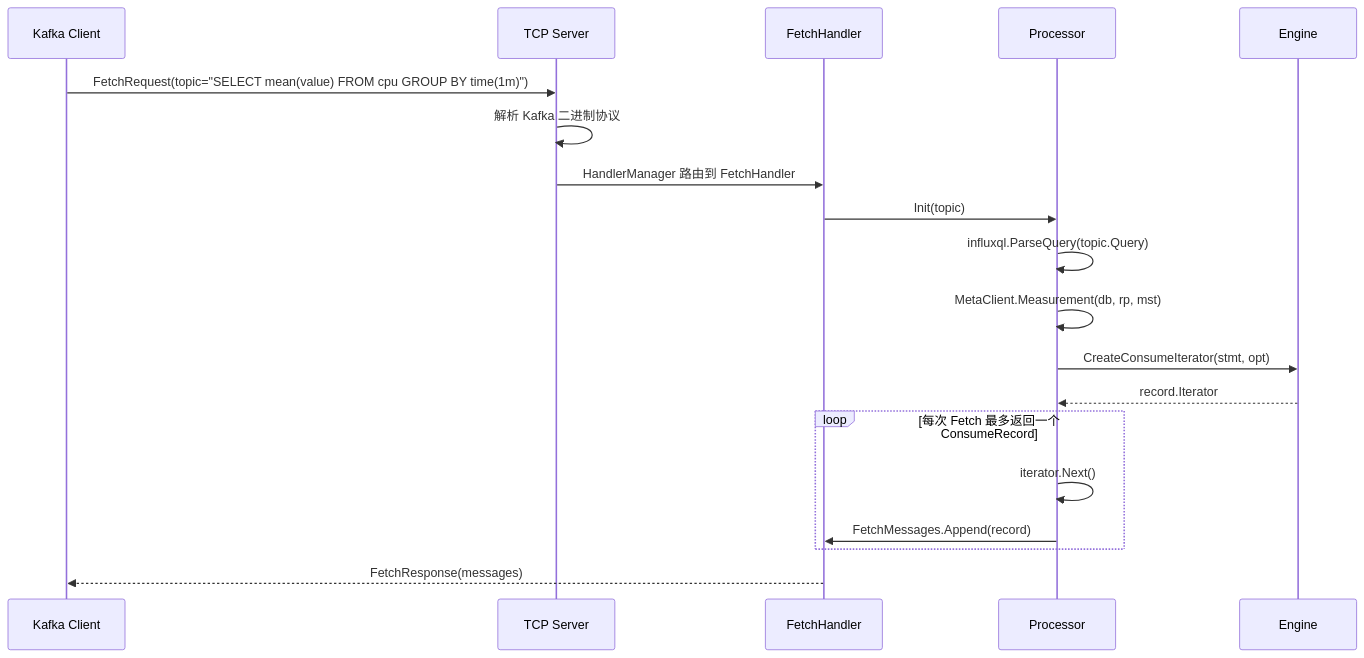
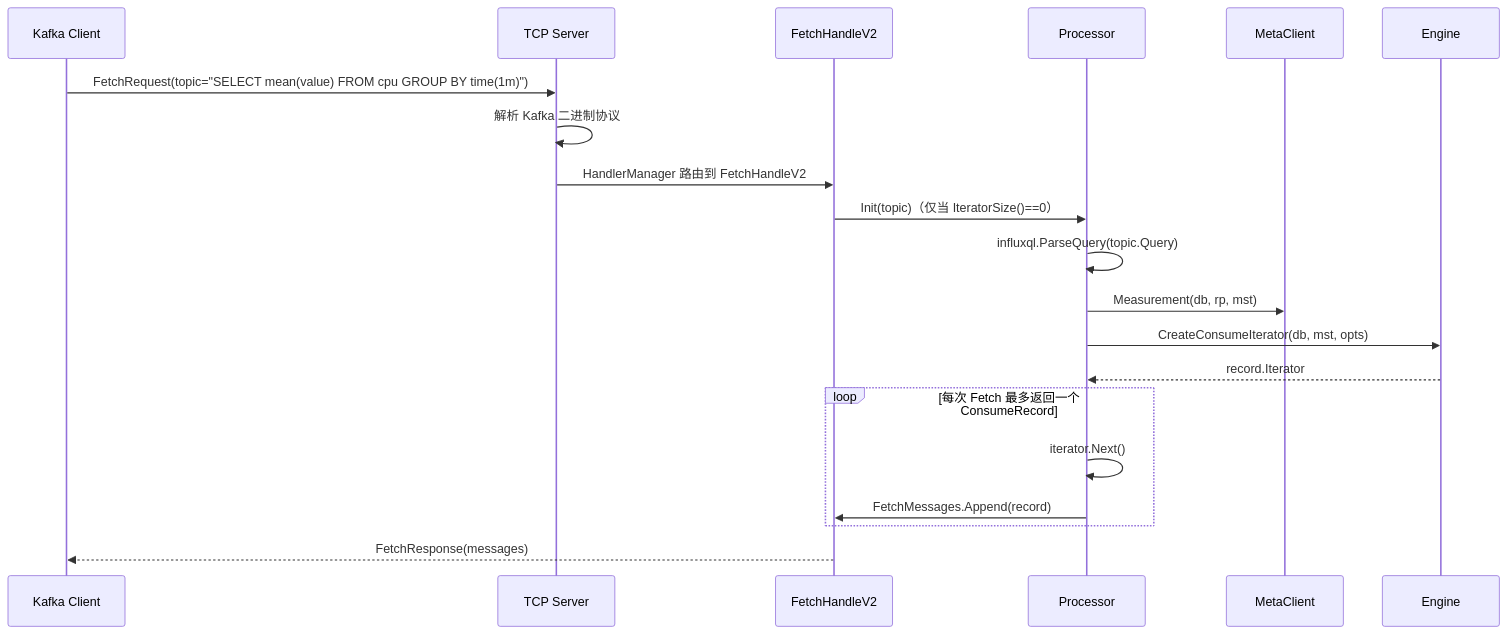
The third of 3 diagrams in docs/specs/20_kafka_protocol_spec.md (stefanv5/openGemini), drawn with Mermaid before and after one commit. The commit also changed other lines of this file and 37 other files, not shown here.

````diff
--- a/docs/specs/20_kafka_protocol_spec.md
+++ b/docs/specs/20_kafka_protocol_spec.md
@@ -74,25 +78,26 @@
 ```mermaid
 sequenceDiagram
     participant Client as Kafka Client
     participant Server as TCP Server
-    participant Fetch as FetchHandler
+    participant Fetch as FetchHandleV2
     participant Proc as Processor
+    participant Meta as MetaClient
     participant Engine as Engine
 
     Client->>Server: FetchRequest(topic="SELECT mean(value) FROM cpu GROUP BY time(1m)")
     Server->>Server: 解析 Kafka 二进制协议
-    Server->>Fetch: HandlerManager 路由到 FetchHandler
+    Server->>Fetch: HandlerManager 路由到 FetchHandleV2
 
-    Fetch->>Proc: Init(topic)
+    Fetch->>Proc: Init(topic)（仅当 IteratorSize()==0）
     Proc->>Proc: influxql.ParseQuery(topic.Query)
-    Proc->>Proc: MetaClient.Measurement(db, rp, mst)
-    Proc->>Engine: CreateConsumeIterator(stmt, opt)
+    Proc->>Meta: Measurement(db, rp, mst)
+    Proc->>Engine: CreateConsumeIterator(db, mst, opts)
     Engine-->>Proc: record.Iterator
 
     loop 每次 Fetch 最多返回一个 ConsumeRecord
         Proc->>Proc: iterator.Next()
         Proc->>Fetch: FetchMessages.Append(record)
     end
 
     Fetch-->>Client: FetchResponse(messages)
 ```
````
